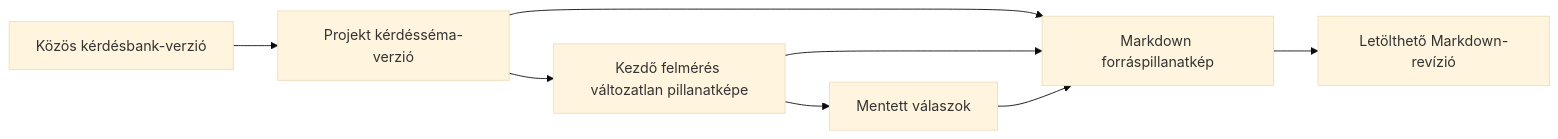
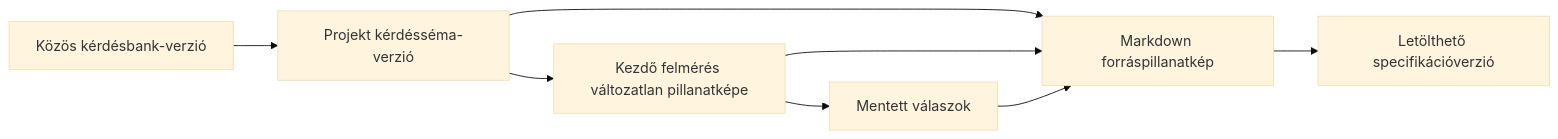
The second of 2 diagrams in docs/user-guide.md (BillBalint-SM/Project-Maker), drawn with Mermaid (base theme) before and after one commit. The commit also changed other lines of this file and 70 other files, not shown here.

````diff
--- a/docs/user-guide.md
+++ b/docs/user-guide.md
@@ -453,10 +455,10 @@
 ```mermaid
 flowchart LR
     A[Közös kérdésbank-verzió] --> B[Projekt kérdésséma-verzió]
     B --> C[Kezdő felmérés változatlan pillanatképe]
     C --> D[Mentett válaszok]
     B --> E[Markdown forráspillanatkép]
     C --> E
     D --> E
-    E --> F[Letölthető Markdown-revízió]
+    E --> F[Letölthető specifikációverzió]
 ```
````
